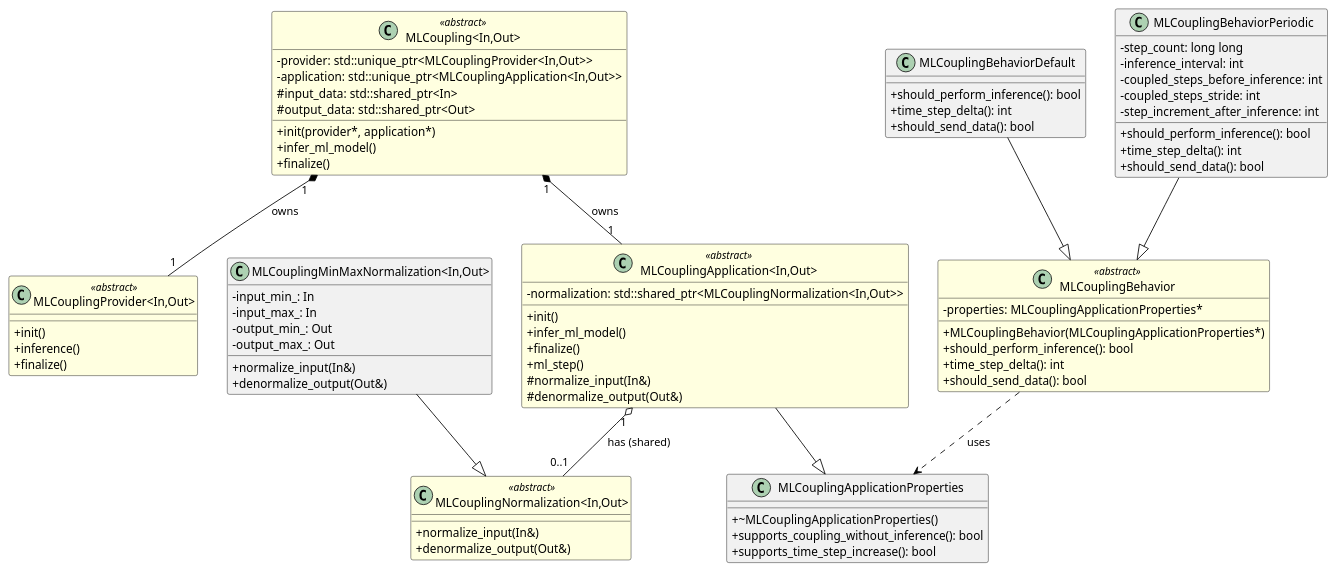
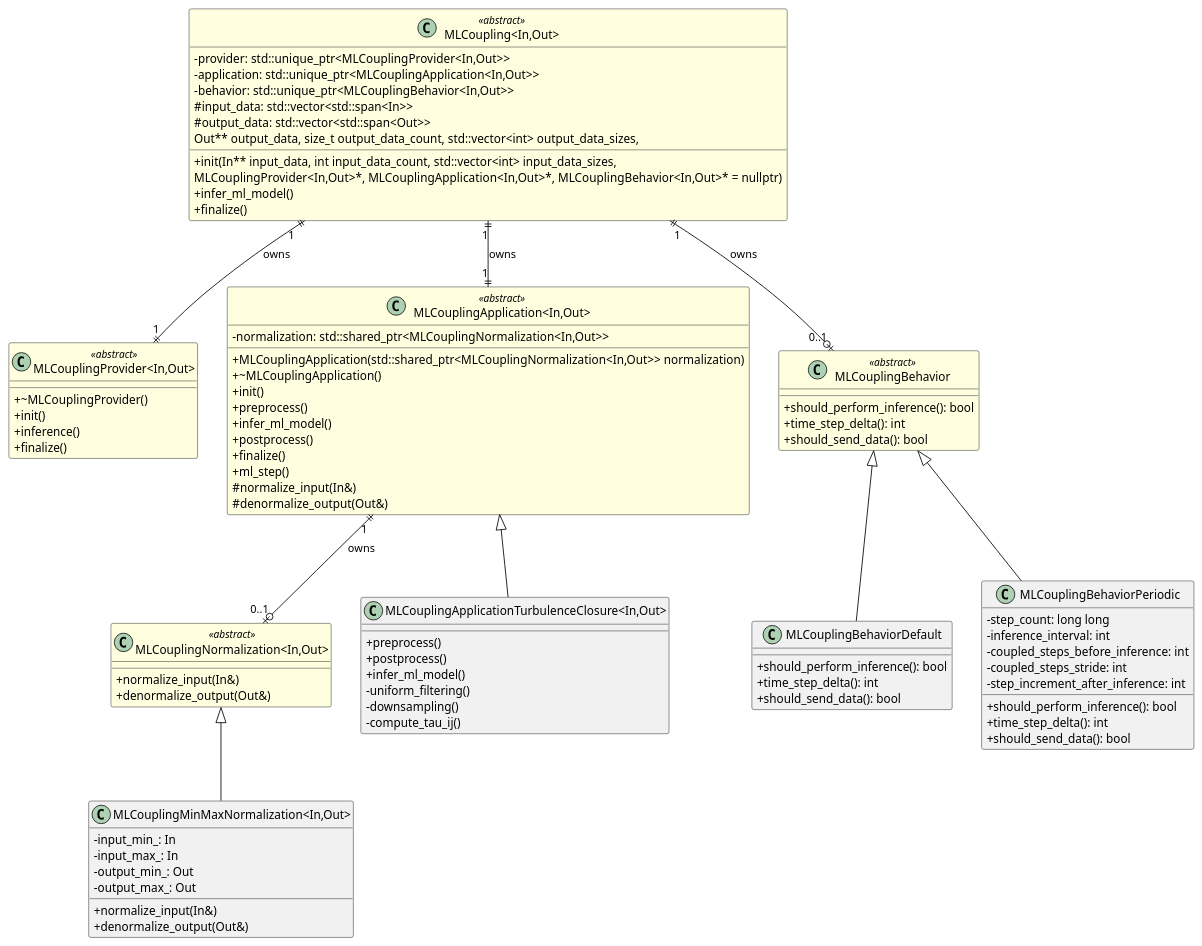
The diagram in documentation/new.puml (chrisb09/CPP-ML-Interface), drawn with PlantUML before and after one commit. The commit also changed 11 other files, not shown here.

First line of the commit message:
Refactor ML Coupling Application and Behavior Classes

```diff
--- a/documentation/new.puml
+++ b/documentation/new.puml
@@ -1,94 +1,106 @@
 @startuml CPP_NEW_ML_Interface
 
+' Layout hints to encourage a tree-like rendering
+top to bottom direction
+' skinparam linetype ortho
 skinparam classAttributeIconSize 0
 skinparam backgroundColor #FFFFFF
 skinparam class {
     BackgroundColor<<abstract>> LightYellow
     BorderColor Black
     ArrowColor Black
 }
 
 
 class "MLCoupling<In,Out>" <<abstract>> {
     - provider: std::unique_ptr<MLCouplingProvider<In,Out>>
     - application: std::unique_ptr<MLCouplingApplication<In,Out>>
-    # input_data: std::shared_ptr<In>
-    # output_data: std::shared_ptr<Out>
-    + init(provider*, application*)
+    - behavior: std::unique_ptr<MLCouplingBehavior<In,Out>>
+    # input_data: std::vector<std::span<In>>
+    # output_data: std::vector<std::span<Out>>
+    + init(In** input_data, int input_data_count, std::vector<int> input_data_sizes,
+           Out** output_data, size_t output_data_count, std::vector<int> output_data_sizes,
+           MLCouplingProvider<In,Out>*, MLCouplingApplication<In,Out>*, MLCouplingBehavior<In,Out>* = nullptr)
     + infer_ml_model()
     + finalize()
 }
 
 class "MLCouplingProvider<In,Out>" <<abstract>> {
+    + ~MLCouplingProvider()
     + init()
     + inference()
     + finalize()
 }
 
 class "MLCouplingApplication<In,Out>" <<abstract>> {
+    + MLCouplingApplication(std::shared_ptr<MLCouplingNormalization<In,Out>> normalization)
+    + ~MLCouplingApplication()
     - normalization: std::shared_ptr<MLCouplingNormalization<In,Out>>
     + init()
+    + preprocess()
     + infer_ml_model()
+    + postprocess()
     + finalize()
     + ml_step()
     # normalize_input(In&)
     # denormalize_output(Out&)
 }
 
 class "MLCouplingNormalization<In,Out>" <<abstract>> {
     + normalize_input(In&)
     + denormalize_output(Out&)
 }
 
 class "MLCouplingMinMaxNormalization<In,Out>" {
     - input_min_: In
     - input_max_: In
     - output_min_: Out
     - output_max_: Out
     + normalize_input(In&)
     + denormalize_output(Out&)
 }
 
-class "MLCouplingApplicationProperties" {
-    + ~MLCouplingApplicationProperties()
-    + supports_coupling_without_inference(): bool
-    + supports_time_step_increase(): bool
+class "MLCouplingApplicationTurbulenceClosure<In,Out>" {
+    + preprocess()
+    + postprocess()
+    + infer_ml_model()
+    - uniform_filtering()
+    - downsampling()
+    - compute_tau_ij()
 }
 
 class "MLCouplingBehavior" <<abstract>> {
-    - properties: MLCouplingApplicationProperties*
-    + MLCouplingBehavior(MLCouplingApplicationProperties*)
     + should_perform_inference(): bool
     + time_step_delta(): int
     + should_send_data(): bool
 }
 
 class "MLCouplingBehaviorDefault" {
     + should_perform_inference(): bool
     + time_step_delta(): int
     + should_send_data(): bool
 }
 
 class "MLCouplingBehaviorPeriodic" {
     - step_count: long long
     - inference_interval: int
     - coupled_steps_before_inference: int
     - coupled_steps_stride: int
     - step_increment_after_inference: int
     + should_perform_inference(): bool
     + time_step_delta(): int
     + should_send_data(): bool
 }
 
 ' Relationships
-"MLCoupling<In,Out>" "1" *-- "1" "MLCouplingProvider<In,Out>" : owns
-"MLCoupling<In,Out>" "1" *-- "1" "MLCouplingApplication<In,Out>" : owns
-"MLCouplingApplication<In,Out>" "1" o-- "0..1" "MLCouplingNormalization<In,Out>" : has (shared)
-"MLCouplingMinMaxNormalization<In,Out>" --|> "MLCouplingNormalization<In,Out>"
+"MLCoupling<In,Out>" "1" ||--|| "1" "MLCouplingProvider<In,Out>" : owns
+"MLCoupling<In,Out>" "1" ||--|| "1" "MLCouplingApplication<In,Out>" : owns
+"MLCoupling<In,Out>" "1" ||--o| "0..1" "MLCouplingBehavior" : owns
+"MLCouplingApplication<In,Out>" "1" ||--o| "0..1" "MLCouplingNormalization<In,Out>" : owns
+"MLCouplingNormalization<In,Out>" <|-- "MLCouplingMinMaxNormalization<In,Out>"
 
-"MLCouplingApplication<In,Out>" --|> "MLCouplingApplicationProperties"
-"MLCouplingBehavior" ..> "MLCouplingApplicationProperties" : uses
-"MLCouplingBehaviorDefault" --|> "MLCouplingBehavior"
-"MLCouplingBehaviorPeriodic" --|> "MLCouplingBehavior"
+"MLCouplingApplication<In,Out>" <|-- "MLCouplingApplicationTurbulenceClosure<In,Out>"
+"MLCouplingBehavior" <|-- "MLCouplingBehaviorDefault"
+"MLCouplingBehavior" <|-- "MLCouplingBehaviorPeriodic"
 
 @enduml
```
